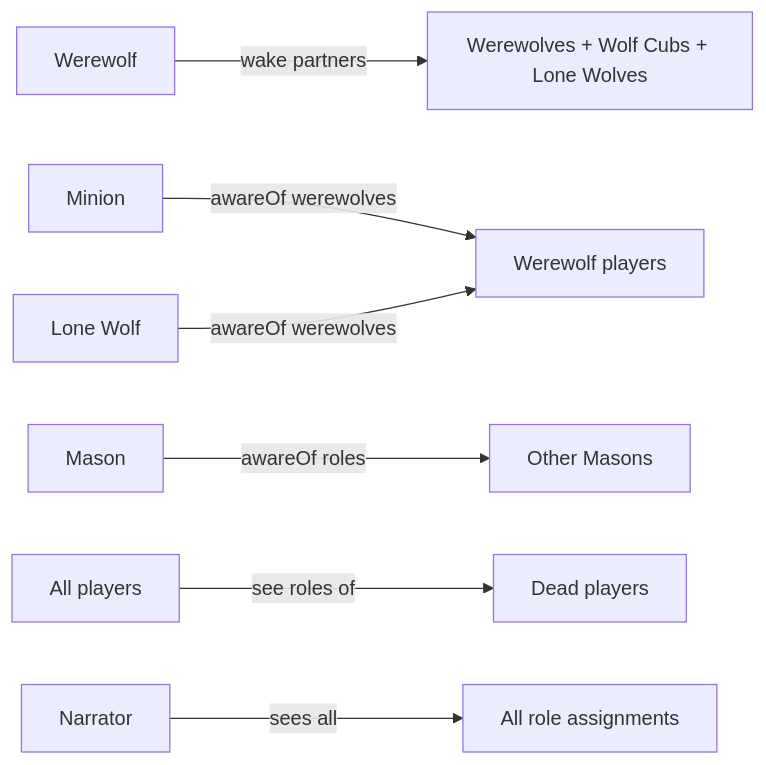
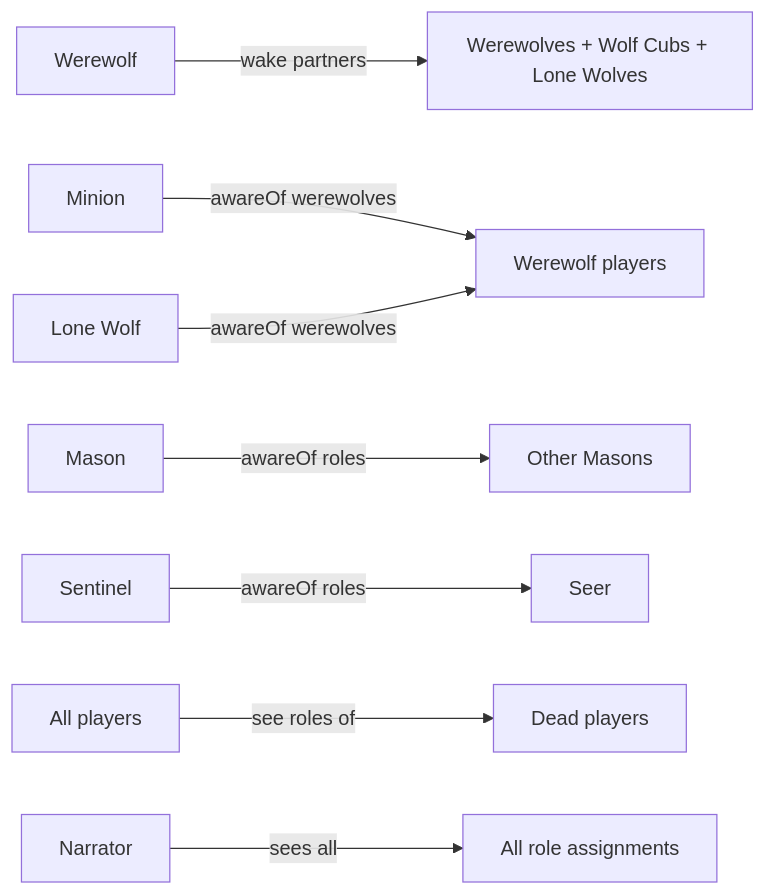
Before and after one commit to rmartz/hidden-role-game: the first of 2 diagrams in docs/werewolf/roles.md, drawn with Mermaid. The commit also changed other lines of this file and 1 other file, not shown here.

Commit message:
Sort role tables alphabetically in Werewolf docs
Sort the role table in roles.md, visibility table, and mermaid
diagram alphabetically to minimize merge conflicts when adding
new roles. Also sort the aware-of list in data-flow.md.

````diff
--- a/docs/werewolf/roles.md
+++ b/docs/werewolf/roles.md
@@ -112,9 +113,10 @@
 ```mermaid
 graph LR
     WW[Werewolf] -->|wake partners| Group[Werewolves + Wolf Cubs + Lone Wolves]
     Minion -->|awareOf werewolves| WWs[Werewolf players]
     LW[Lone Wolf] -->|awareOf werewolves| WWs
     Mason -->|awareOf roles| Masons[Other Masons]
+    Sentinel -->|awareOf roles| SeerPlayer[Seer]
     All[All players] -->|see roles of| Dead[Dead players]
     Narrator -->|sees all| Assignments[All role assignments]
 ```
````
